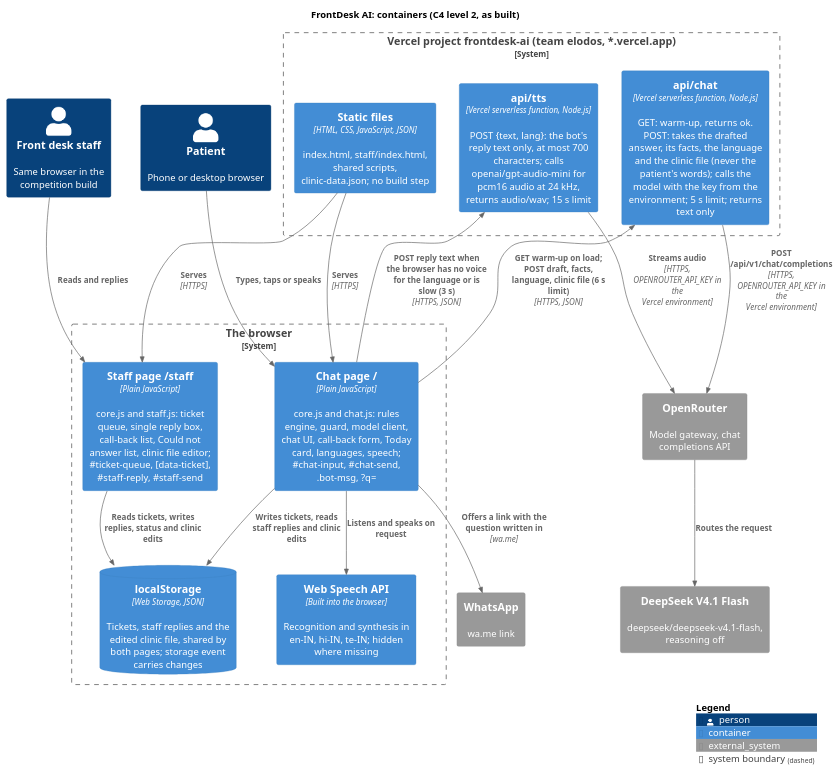
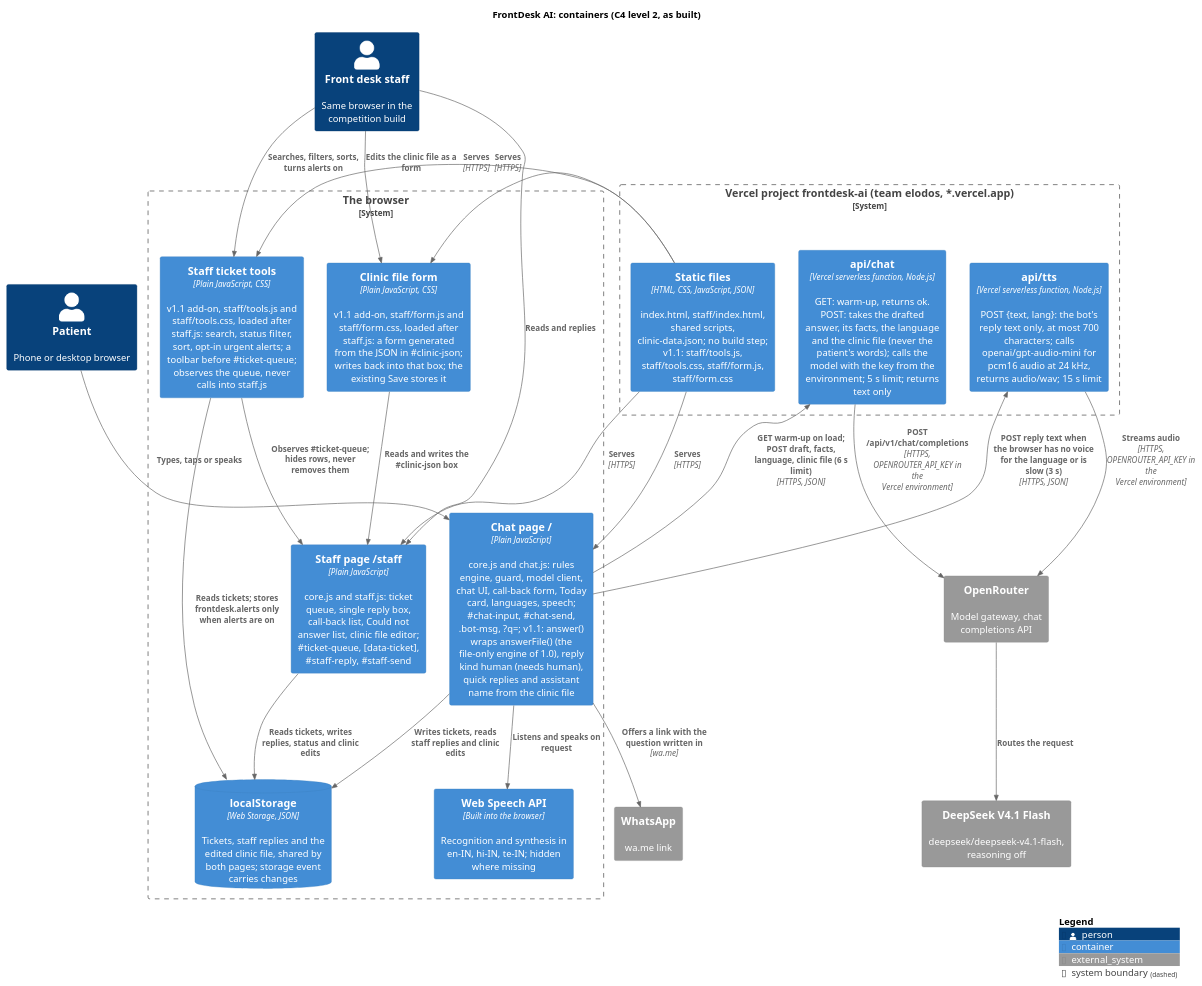
The diagram in docs/diagrams/c4-container.puml (karwasanjay007/frontdesk-ai-docs), drawn with PlantUML before and after one commit. The commit also changed 5 other files, not shown here.

First line of the commit message:
Diagrams for version 1.1.0.0: container, component and deployment show the staff add-ons, the engine wrapper and the new files

```diff
--- a/docs/diagrams/c4-container.puml
+++ b/docs/diagrams/c4-container.puml
@@ -1,39 +1,48 @@
 @startuml c4-container
 !include <C4/C4_Container>
 title FrontDesk AI: containers (C4 level 2, as built)
 
 Person(patient, "Patient", "Phone or desktop browser")
 Person(staff, "Front desk staff", "Same browser in the competition build")
 System_Ext(openrouter, "OpenRouter", "Model gateway, chat completions API")
 System_Ext(deepseek, "DeepSeek V4.1 Flash", "deepseek/deepseek-v4.1-flash, reasoning off")
 System_Ext(whatsapp, "WhatsApp", "wa.me link")
 
 System_Boundary(vercel, "Vercel project frontdesk-ai (team elodos, *.vercel.app)") {
-  Container(static, "Static files", "HTML, CSS, JavaScript, JSON", "index.html, staff/index.html, shared scripts, clinic-data.json; no build step")
+  Container(static, "Static files", "HTML, CSS, JavaScript, JSON", "index.html, staff/index.html, shared scripts, clinic-data.json; no build step; v1.1: staff/tools.js, staff/tools.css, staff/form.js, staff/form.css")
   Container(fn, "api/chat", "Vercel serverless function, Node.js", "GET: warm-up, returns ok. POST: takes the drafted answer, its facts, the language and the clinic file (never the patient's words); calls the model with the key from the environment; 5 s limit; returns text only")
   Container(tts, "api/tts", "Vercel serverless function, Node.js", "POST {text, lang}: the bot's reply text only, at most 700 characters; calls openai/gpt-audio-mini for pcm16 audio at 24 kHz, returns audio/wav; 15 s limit")
 }
 
 System_Boundary(browser, "The browser") {
-  Container(chat, "Chat page /", "Plain JavaScript", "core.js and chat.js: rules engine, guard, model client, chat UI, call-back form, Today card, languages, speech; #chat-input, #chat-send, .bot-msg, ?q=")
+  Container(chat, "Chat page /", "Plain JavaScript", "core.js and chat.js: rules engine, guard, model client, chat UI, call-back form, Today card, languages, speech; #chat-input, #chat-send, .bot-msg, ?q=; v1.1: answer() wraps answerFile() (the file-only engine of 1.0), reply kind human (needs human), quick replies and assistant name from the clinic file")
   Container(staffui, "Staff page /staff", "Plain JavaScript", "core.js and staff.js: ticket queue, single reply box, call-back list, Could not answer list, clinic file editor; #ticket-queue, [data-ticket], #staff-reply, #staff-send")
+  Container(stafftools, "Staff ticket tools", "Plain JavaScript, CSS", "v1.1 add-on, staff/tools.js and staff/tools.css, loaded after staff.js: search, status filter, sort, opt-in urgent alerts; a toolbar before #ticket-queue; observes the queue, never calls into staff.js")
+  Container(staffform, "Clinic file form", "Plain JavaScript, CSS", "v1.1 add-on, staff/form.js and staff/form.css, loaded after staff.js: a form generated from the JSON in #clinic-json; writes back into that box; the existing Save stores it")
   ContainerDb(ls, "localStorage", "Web Storage, JSON", "Tickets, staff replies and the edited clinic file, shared by both pages; storage event carries changes")
   Container(speech, "Web Speech API", "Built into the browser", "Recognition and synthesis in en-IN, hi-IN, te-IN; hidden where missing")
 }
 
 Rel(patient, chat, "Types, taps or speaks")
 Rel(staff, staffui, "Reads and replies")
 Rel(static, chat, "Serves", "HTTPS")
 Rel(static, staffui, "Serves", "HTTPS")
 Rel(chat, fn, "GET warm-up on load; POST draft, facts, language, clinic file (6 s limit)", "HTTPS, JSON")
 Rel(fn, openrouter, "POST /api/v1/chat/completions", "HTTPS, OPENROUTER_API_KEY in the Vercel environment")
 Rel(chat, tts, "POST reply text when the browser has no voice for the language or is slow (3 s)", "HTTPS, JSON")
 Rel(tts, openrouter, "Streams audio", "HTTPS, OPENROUTER_API_KEY in the Vercel environment")
 Rel(openrouter, deepseek, "Routes the request")
 Rel(chat, ls, "Writes tickets, reads staff replies and clinic edits")
 Rel(staffui, ls, "Reads tickets, writes replies, status and clinic edits")
+Rel(staff, stafftools, "Searches, filters, sorts, turns alerts on")
+Rel(staff, staffform, "Edits the clinic file as a form")
+Rel(static, stafftools, "Serves", "HTTPS")
+Rel(static, staffform, "Serves", "HTTPS")
+Rel(stafftools, staffui, "Observes #ticket-queue; hides rows, never removes them")
+Rel(stafftools, ls, "Reads tickets; stores frontdesk.alerts only when alerts are on")
+Rel(staffform, staffui, "Reads and writes the #clinic-json box")
 Rel(chat, speech, "Listens and speaks on request")
 Rel(chat, whatsapp, "Offers a link with the question written in", "wa.me")
 
 SHOW_LEGEND()
 @enduml
```
